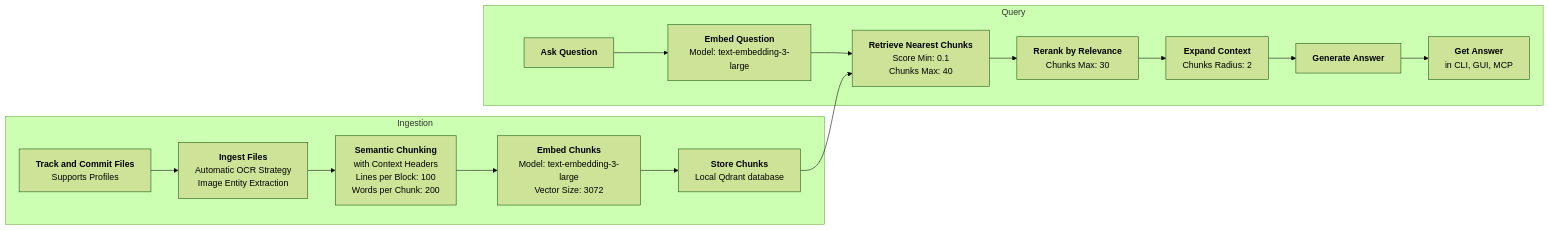
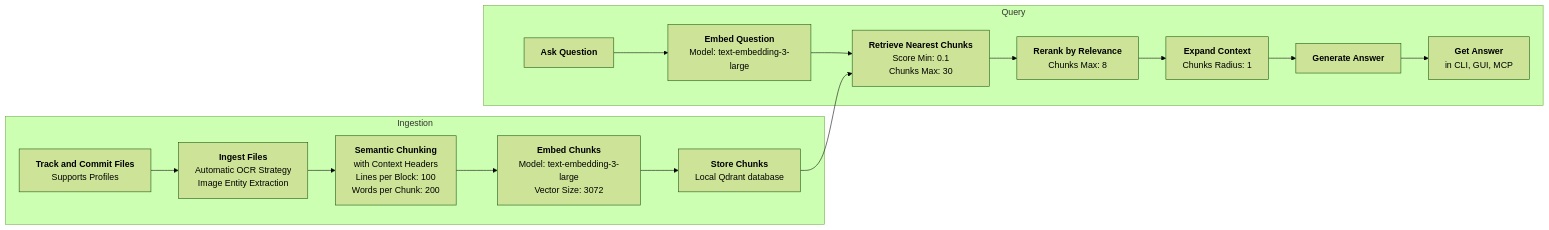
Before and after one commit to shredEngineer/Archive-Agent: the diagram in README.md, drawn with Mermaid (forest theme). The commit also changed other lines of this file and 3 other files, not shown here.

````diff
--- a/README.md
+++ b/README.md
@@ -67,22 +67,22 @@
 ```mermaid
 graph LR
 
   %% Ingestion Pipeline
   subgraph Ingestion
     A[<b>Track and Commit Files</b><br>Supports Profiles] --> B[<b>Ingest Files</b><br>Automatic OCR Strategy<br>Image Entity Extraction]
     B --> C[<b>Semantic Chunking</b><br>with Context Headers<br>Lines per Block: 100<br>Words per Chunk: 200]
     C --> D[<b>Embed Chunks</b><br>Model: text-embedding-3-large<br>Vector Size: 3072]
     D --> E[<b>Store Chunks</b><br>Local Qdrant database]
   end
 
   %% Query Pipeline
   subgraph Query
     F[<b>Ask Question</b>] --> G[<b>Embed Question</b><br>Model: text-embedding-3-large]
-    G --> H[<b>Retrieve Nearest Chunks</b><br>Score Min: 0.1<br>Chunks Max: 40]
+    G --> H[<b>Retrieve Nearest Chunks</b><br>Score Min: 0.1<br>Chunks Max: 30]
     E --> H
-    H --> I[<b>Rerank by Relevance</b><br>Chunks Max: 30]
-    I --> J[<b>Expand Context</b><br>Chunks Radius: 2]
+    H --> I[<b>Rerank by Relevance</b><br>Chunks Max: 8]
+    I --> J[<b>Expand Context</b><br>Chunks Radius: 1]
     J --> K[<b>Generate Answer</b>]
     K --> L[<b>Get Answer</b><br>in CLI, GUI, MCP]
   end
 ```
````
